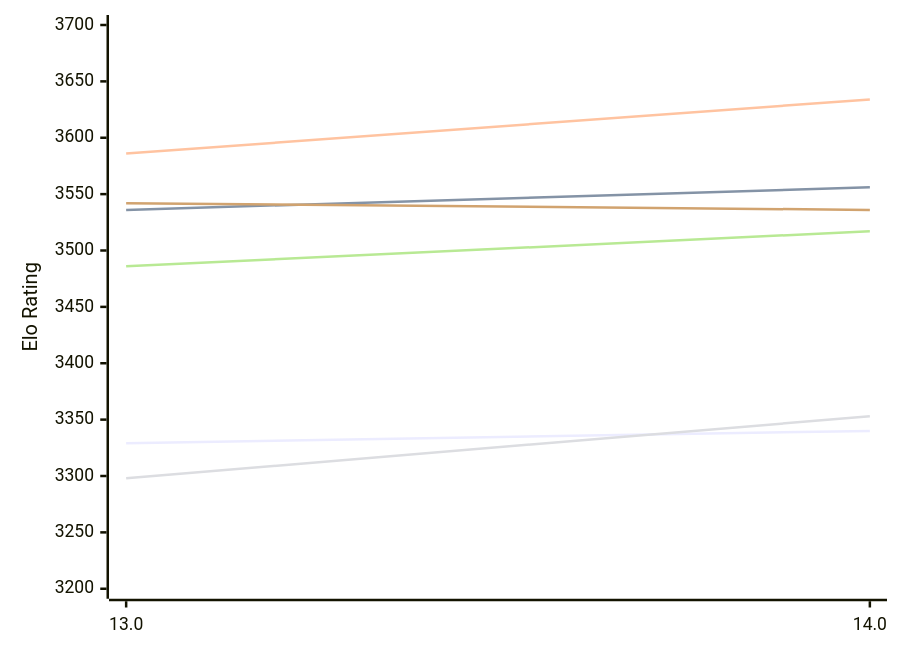
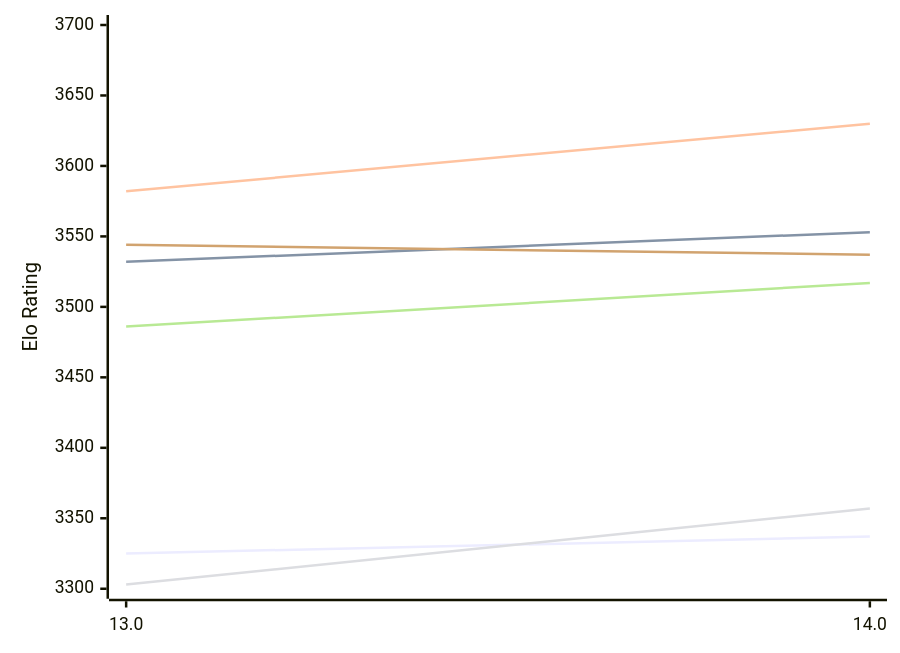
Before and after one commit to computer-chess-index/cci: the first of 2 diagrams in engines/Tcheran.md, drawn with Mermaid. The commit also changed other lines of this file, not shown here.

Commit message:
Update CCI Ratings (ELO VLTC) - 2026-11-21

````diff
--- a/engines/Tcheran.md
+++ b/engines/Tcheran.md
@@ -55,12 +55,12 @@
 ```mermaid
 %%{init: {"theme":"base","themeVariables":{"seriesColors:['#a3a3a3','#222221','#faa371']}}}%%
 xychart-beta
   x-axis ["13.0", "14.0"]
-  y-axis "Elo Rating" 3200 --> 3700
-  line "E1: STC (8.0+0.08s)" [3329, 3340]
-  line "E1: LTC (60.0+0.60s)" [3536, 3556]
-  line "E1: VLTC (2m24s+1.12s)" [3586, 3634]
-  line "P1: STC (8.0+0.08s)" [3298, 3353]
+  y-axis "Elo Rating" 3300 --> 3700
+  line "E1: STC (8.0+0.08s)" [3325, 3337]
+  line "E1: LTC (60.0+0.60s)" [3532, 3553]
+  line "E1: VLTC (2m24s+1.12s)" [3582, 3630]
+  line "P1: STC (8.0+0.08s)" [3303, 3357]
   line "P1: LTC (60.0+0.60s)" [3486, 3517]
-  line "P1: VLTC (2m24s+1.12s)" [3542, 3536]
+  line "P1: VLTC (2m24s+1.12s)" [3544, 3537]
 ```
````
